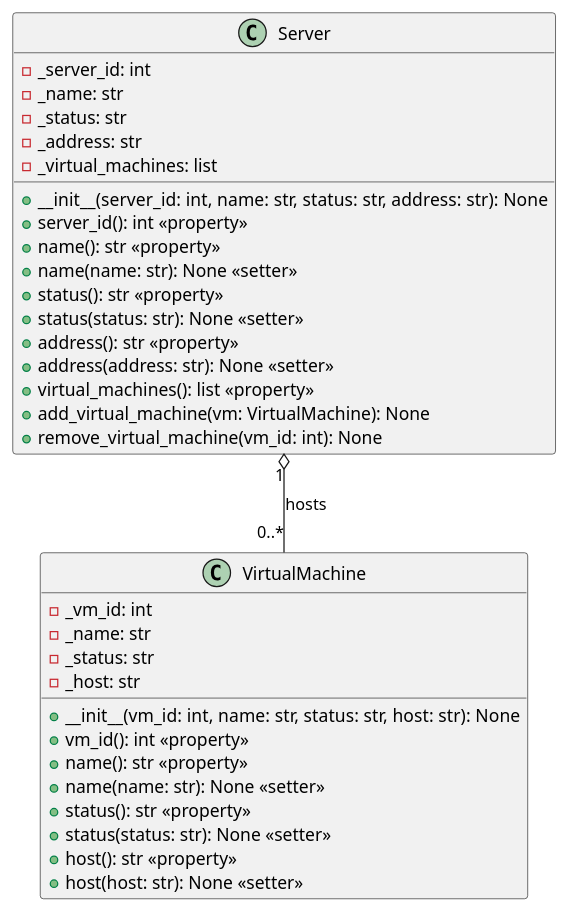
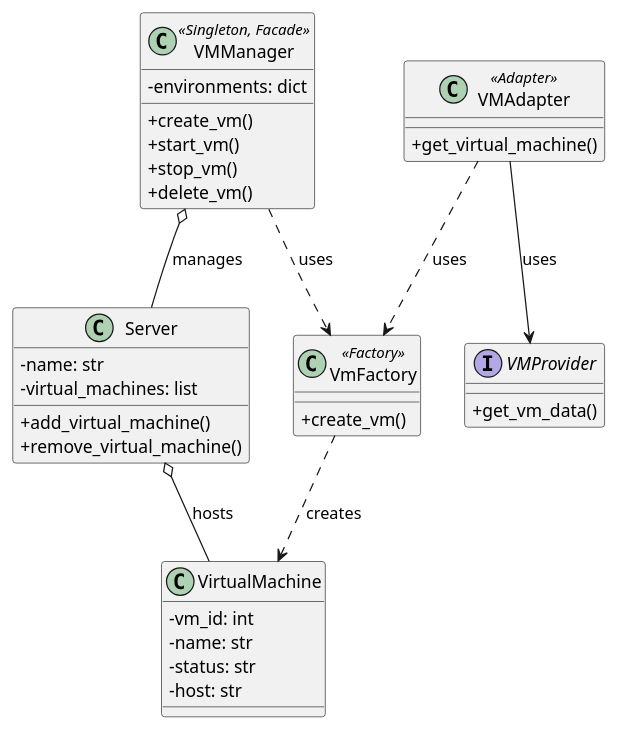
Before and after one commit to JonathanBeals/OOP-Final-Project: the diagram in uml/logical-view.plantuml, drawn with PlantUML. The commit also changed 9 other files, not shown here.

Commit message:
Update 4+1 UML diagrams to reflect final architecture

```diff
--- a/uml/logical-view.plantuml
+++ b/uml/logical-view.plantuml
@@ -1,41 +1,47 @@
 @startuml logical_view
 
-class VirtualMachine {
-    - _vm_id: int
-    - _name: str
-    - _status: str
-    - _host: str
+skinparam classAttributeIconSize 0
+skinparam shadowing false
 
-    + __init__(vm_id: int, name: str, status: str, host: str): None
-    + vm_id(): int <<property>>
-    + name(): str <<property>>
-    + name(name: str): None <<setter>>
-    + status(): str <<property>>
-    + status(status: str): None <<setter>>
-    + host(): str <<property>>
-    + host(host: str): None <<setter>>
+class VMManager <<Singleton, Facade>> {
+    - environments: dict
+    + create_vm()
+    + start_vm()
+    + stop_vm()
+    + delete_vm()
 }
 
 class Server {
-    - _server_id: int
-    - _name: str
-    - _status: str
-    - _address: str
-    - _virtual_machines: list
-
-    + __init__(server_id: int, name: str, status: str, address: str): None
-    + server_id(): int <<property>>
-    + name(): str <<property>>
-    + name(name: str): None <<setter>>
-    + status(): str <<property>>
-    + status(status: str): None <<setter>>
-    + address(): str <<property>>
-    + address(address: str): None <<setter>>
-    + virtual_machines(): list <<property>>
-    + add_virtual_machine(vm: VirtualMachine): None
-    + remove_virtual_machine(vm_id: int): None
+    - name: str
+    - virtual_machines: list
+    + add_virtual_machine()
+    + remove_virtual_machine()
 }
 
-Server "1" o-- "0..*" VirtualMachine : hosts
+class VirtualMachine {
+    - vm_id: int
+    - name: str
+    - status: str
+    - host: str
+}
+
+class VmFactory <<Factory>> {
+    + create_vm()
+}
+
+class VMAdapter <<Adapter>> {
+    + get_virtual_machine()
+}
+
+interface VMProvider {
+    + get_vm_data()
+}
+
+VMManager o-- Server : manages
+Server o-- VirtualMachine : hosts
+VMManager ..> VmFactory : uses
+VmFactory ..> VirtualMachine : creates
+VMAdapter ..> VmFactory : uses
+VMAdapter --> VMProvider : uses
 
 @enduml
```
